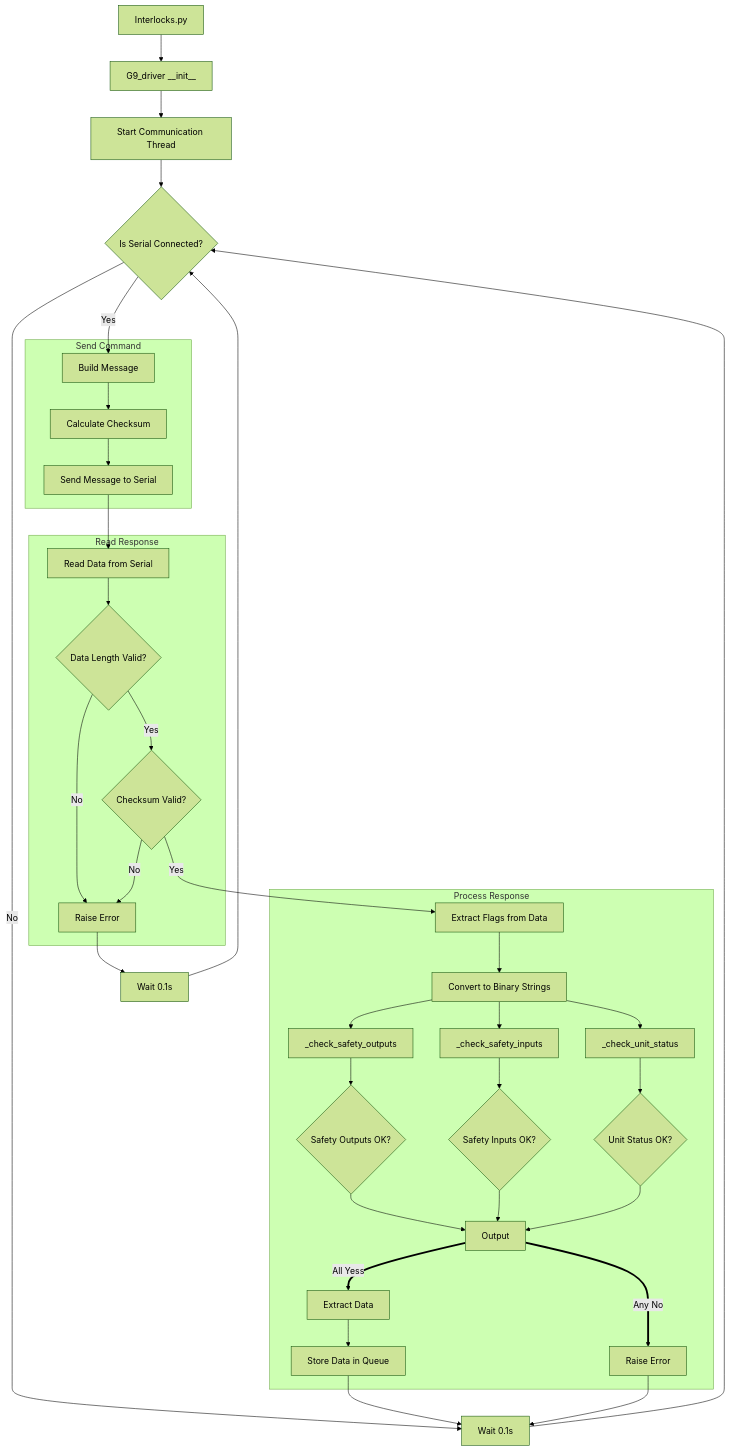
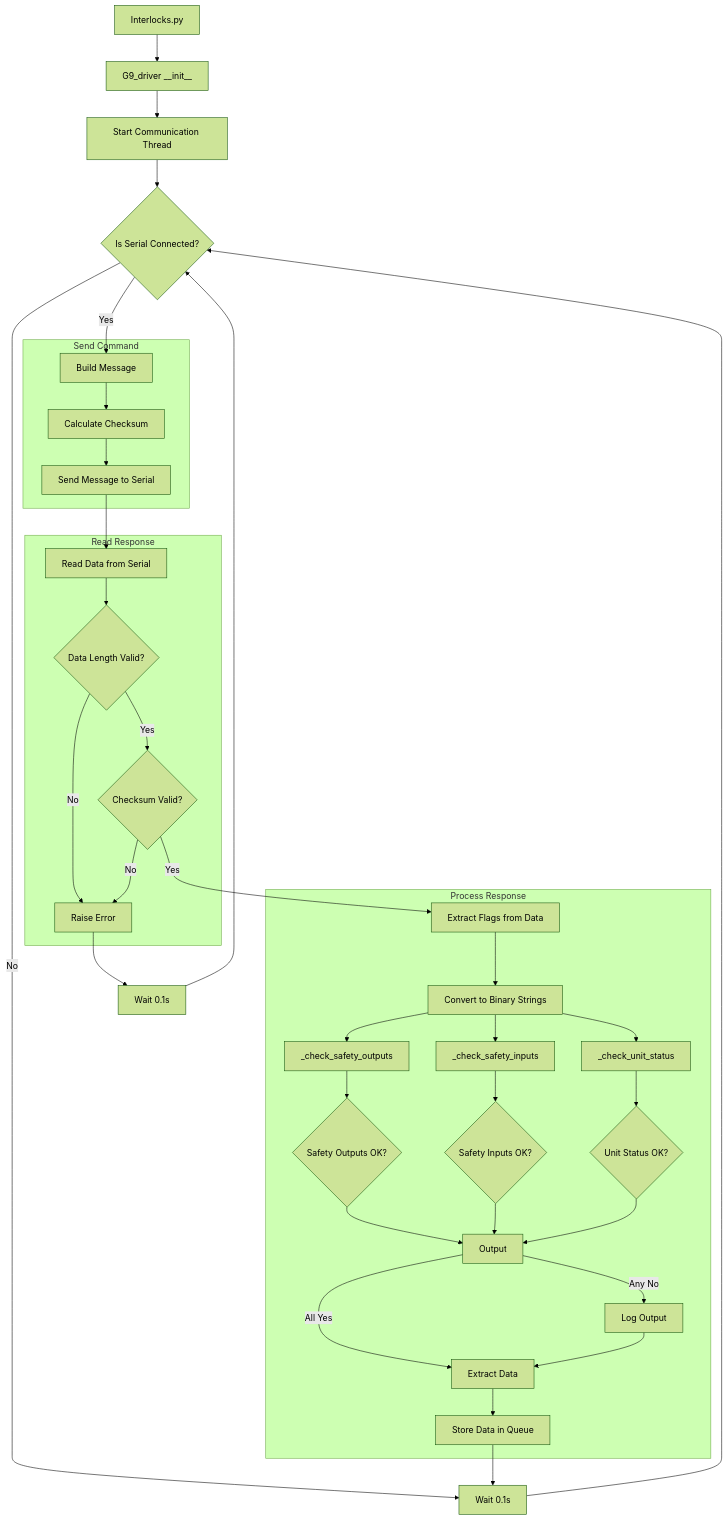
Before and after one commit to uw-loci/EBEAM_dashboard: the diagram in instrumentctl/G9SP_interlock/README.md, drawn with Mermaid (forest theme).

Commit message:
small changes flow chart for the process output

````diff
--- a/instrumentctl/G9SP_interlock/README.md
+++ b/instrumentctl/G9SP_interlock/README.md
@@ -280,54 +280,54 @@
 ```mermaid
 flowchart TD
     a[Interlocks.py] --> b[G9_driver __init__] --> A
 
 
     A[Start Communication Thread] --> B{Is Serial Connected?}
     
     B -- Yes --> D1[Build Message]
 
     subgraph "Send Command"
         D1 --> D2[Calculate Checksum]
         D2 --> D3[Send Message to Serial]
     end
 
     subgraph "Read Response"
         D3 --> E1[Read Data from Serial]
         E1 --> E2{Data Length Valid?}
         E2 -- Yes --> E4{Checksum Valid?}
         E2 -- No --> M3
         E4 -- No --> M3[Raise Error] 
         
         
     end
     
     M3 --> W[Wait 0.1s] --> B
     E4 -- Yes --> H1
 
     subgraph "Process Response"
         
         H1[Extract Flags from Data]
         H1 -->  H2[Convert to Binary Strings]
         H2 --> J1[_check_unit_status]
         H2 --> K1[_check_safety_inputs]
         H2 --> K2[_check_safety_outputs]
 
         J1 --> J2{Unit Status OK?}
         K1 --> K3{Safety Inputs OK?}
         K2 --> K4{Safety Outputs OK?}
 
         K4 --> k5[Output]
         K3 --> k5
         J2 --> k5
-
-        k5 == All Yess ==> M2[Extract Data]
-        k5 == Any No ==> M[Raise Error]
+        k5 -- Any No --> M[Log Output]
+        k5 -- All Yes --> M2[Extract Data]
+        M --> M2
+        
 
         M2 --> N[Store Data in Queue]
     end
 
-
+    
     B -- No --> O[Wait 0.1s] --> B
     N --> O
-    M --> O
 ```
````
